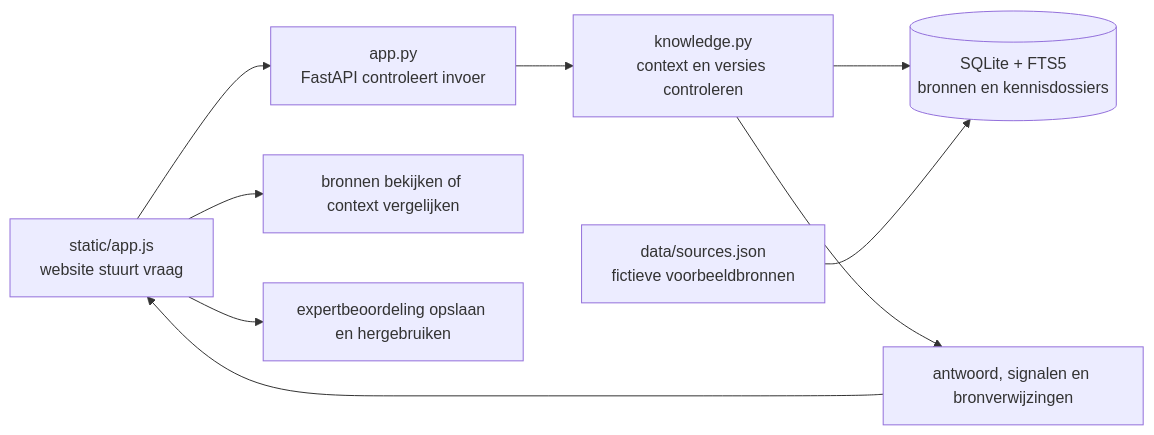
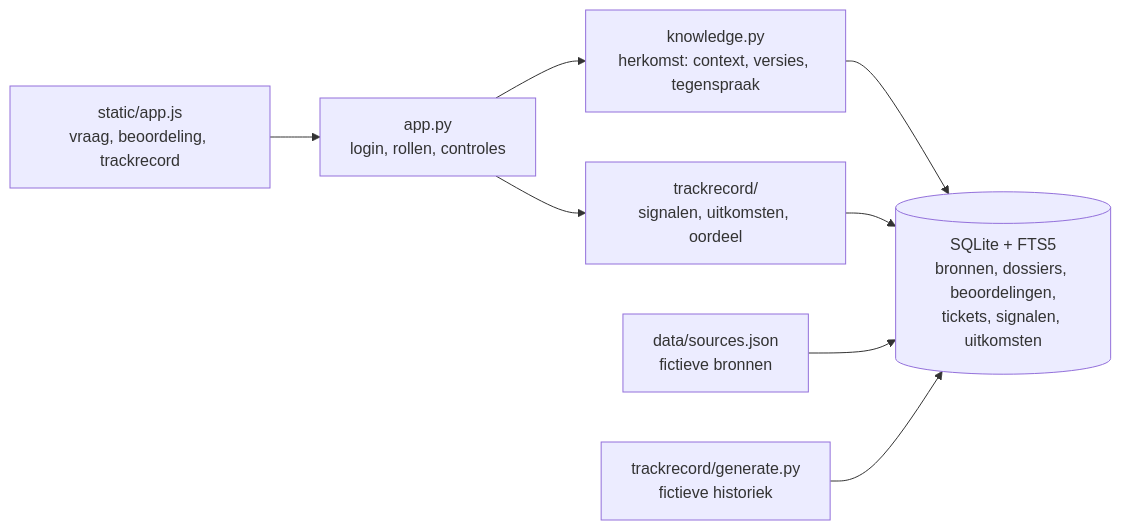
One commit to Turie830/HackathonKortrijk changed the diagram in README.md. Above: the diagram before and after it, drawn with Mermaid. The commit also changed other lines of this file and 27 other files, not shown here.

First line of the commit message:
PARALLAX + Trackrecord: herkomst en praktijk in één app

````diff
--- a/README.md
+++ b/README.md
@@ -60,11 +142,10 @@
 ```mermaid
 flowchart LR
-    A[static/app.js<br/>website stuurt vraag] --> B[app.py<br/>FastAPI controleert invoer]
-    B --> C[knowledge.py<br/>context en versies controleren]
-    C --> D[(SQLite + FTS5<br/>bronnen en kennisdossiers)]
-    C --> E[antwoord, signalen en bronverwijzingen]
-    E --> A
-    A --> F[bronnen bekijken of context vergelijken]
-    A --> G[expertbeoordeling opslaan en hergebruiken]
-    H[data/sources.json<br/>fictieve voorbeeldbronnen] --> D
+    A[static/app.js<br/>vraag, beoordeling, trackrecord] --> B[app.py<br/>login, rollen, controles]
+    B --> C[knowledge.py<br/>herkomst: context, versies, tegenspraak]
+    B --> T[trackrecord/<br/>signalen, uitkomsten, oordeel]
+    C --> D[(SQLite + FTS5<br/>bronnen, dossiers, beoordelingen,<br/>tickets, signalen, uitkomsten)]
+    T --> D
+    H[data/sources.json<br/>fictieve bronnen] --> D
+    G[trackrecord/generate.py<br/>fictieve historiek] --> D
 ```
````
